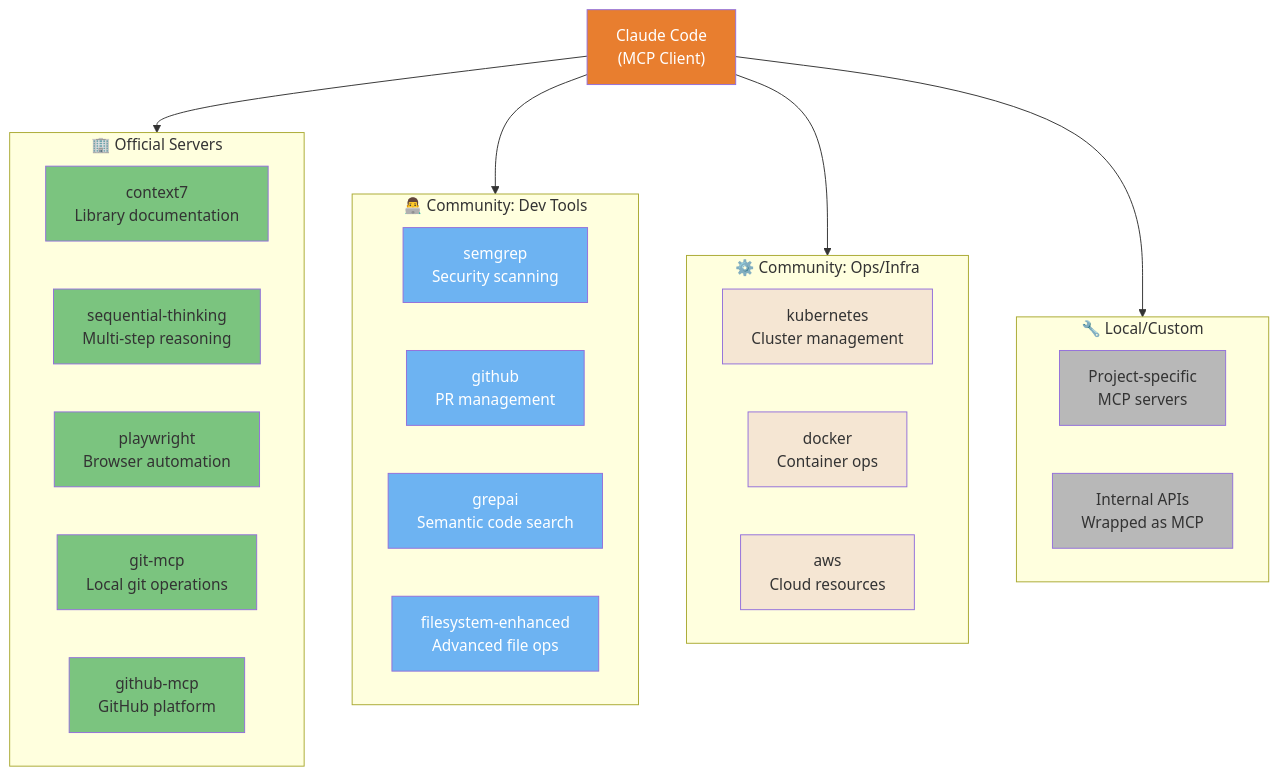
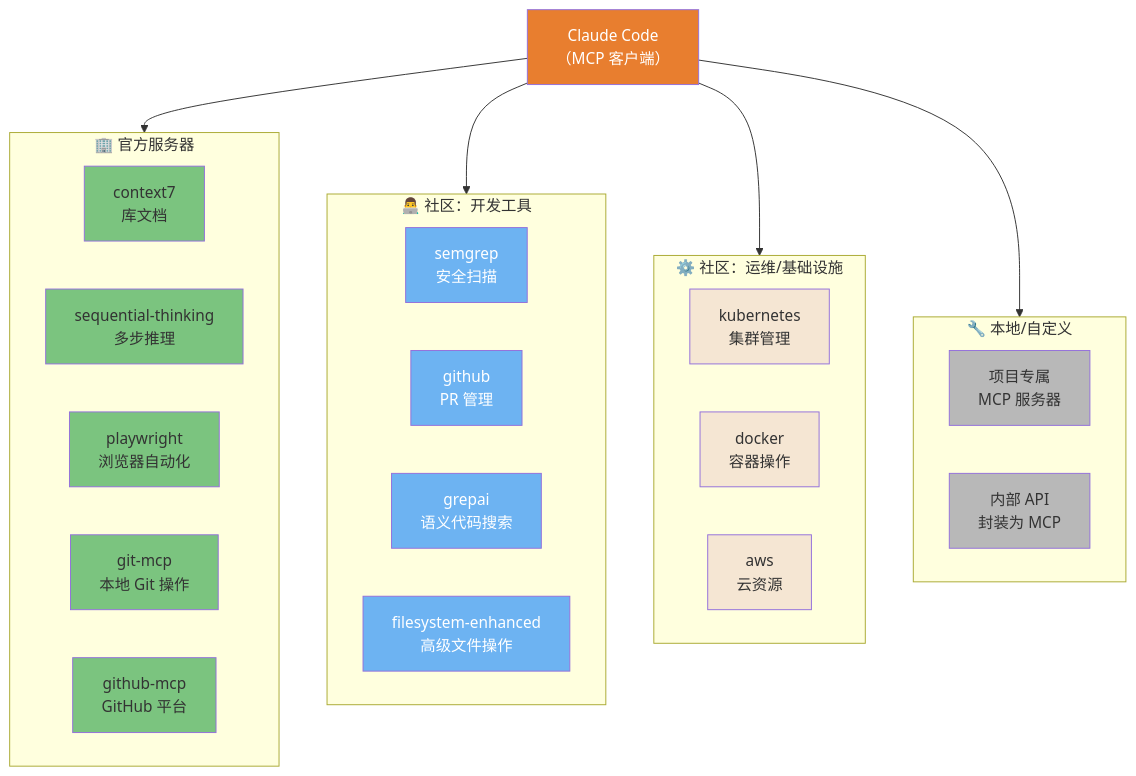
Before and after one commit to lawrencewzen/aispark-wiki: the first of 4 diagrams in claude-code/diagrams/05-mcp-ecosystem.md, drawn with Mermaid. The commit also changed other lines of this file and 82 other files, not shown here.

First line of the commit message:
feat: 完成 claude-code/ 目录全量中文翻译

````diff
--- a/claude-code/diagrams/05-mcp-ecosystem.md
+++ b/claude-code/diagrams/05-mcp-ecosystem.md
@@ -19,65 +19,65 @@
 ```mermaid
 flowchart TD
-    CC["Claude Code<br/>(MCP Client)"] --> OFF
+    CC["Claude Code<br/>（MCP 客户端）"] --> OFF
     CC --> DEV
     CC --> OPS
     CC --> LOCAL
 
-    subgraph OFF["🏢 Official Servers"]
-        O1["context7<br/>Library documentation"]
-        O2["sequential-thinking<br/>Multi-step reasoning"]
-        O3["playwright<br/>Browser automation"]
-        O4["git-mcp<br/>Local git operations"]
-        O5["github-mcp<br/>GitHub platform"]
+    subgraph OFF["🏢 官方服务器"]
+        O1["context7<br/>库文档"]
+        O2["sequential-thinking<br/>多步推理"]
+        O3["playwright<br/>浏览器自动化"]
+        O4["git-mcp<br/>本地 Git 操作"]
+        O5["github-mcp<br/>GitHub 平台"]
     end
 
-    subgraph DEV["👨‍💻 Community: Dev Tools"]
-        D1["semgrep<br/>Security scanning"]
-        D2["github<br/>PR management"]
-        D3["grepai<br/>Semantic code search"]
-        D4["filesystem-enhanced<br/>Advanced file ops"]
+    subgraph DEV["👨‍💻 社区：开发工具"]
+        D1["semgrep<br/>安全扫描"]
+        D2["github<br/>PR 管理"]
+        D3["grepai<br/>语义代码搜索"]
+        D4["filesystem-enhanced<br/>高级文件操作"]
     end
 
-    subgraph OPS["⚙️ Community: Ops/Infra"]
-        OP1["kubernetes<br/>Cluster management"]
-        OP2["docker<br/>Container ops"]
-        OP3["aws<br/>Cloud resources"]
+    subgraph OPS["⚙️ 社区：运维/基础设施"]
+        OP1["kubernetes<br/>集群管理"]
+        OP2["docker<br/>容器操作"]
+        OP3["aws<br/>云资源"]
     end
 
-    subgraph LOCAL["🔧 Local/Custom"]
-        L1["Project-specific<br/>MCP servers"]
-        L2["Internal APIs<br/>Wrapped as MCP"]
+    subgraph LOCAL["🔧 本地/自定义"]
+        L1["项目专属<br/>MCP 服务器"]
+        L2["内部 API<br/>封装为 MCP"]
     end
 
     style CC fill:#E87E2F,color:#fff
     style O1 fill:#7BC47F,color:#333
     style O2 fill:#7BC47F,color:#333
     style O3 fill:#7BC47F,color:#333
     style O4 fill:#7BC47F,color:#333
     style O5 fill:#7BC47F,color:#333
     style D1 fill:#6DB3F2,color:#fff
     style D2 fill:#6DB3F2,color:#fff
     style D3 fill:#6DB3F2,color:#fff
     style D4 fill:#6DB3F2,color:#fff
     style OP1 fill:#F5E6D3,color:#333
     style OP2 fill:#F5E6D3,color:#333
     style OP3 fill:#F5E6D3,color:#333
     style L1 fill:#B8B8B8,color:#333
     style L2 fill:#B8B8B8,color:#333
 
-    click CC href "https://github.com/claude-code-ultimate-guide/claude-code-ultimate-guide/blob/main/guide/ultimate-guide.md#81-what-is-mcp" "Claude Code — MCP Client"
-    click O1 href "https://github.com/claude-code-ultimate-guide/claude-code-ultimate-guide/blob/main/guide/ultimate-guide.md#82-available-servers" "context7 — Library docs"
+    click CC href "https://github.com/claude-code-ultimate-guide/claude-code-ultimate-guide/blob/main/guide/ultimate-guide.md#81-what-is-mcp" "Claude Code — MCP 客户端"
+    click O1 href "https://github.com/claude-code-ultimate-guide/claude-code-ultimate-guide/blob/main/guide/ultimate-guide.md#82-available-servers" "context7 — 库文档"
     click O2 href "https://github.com/claude-code-ultimate-guide/claude-code-ultimate-guide/blob/main/guide/ultimate-guide.md#82-available-servers" "sequential-thinking"
-    click O3 href "https://github.com/claude-code-ultimate-guide/claude-code-ultimate-guide/blob/main/guide/ultimate-guide.md#82-available-servers" "playwright — Browser automation"
-    click O4 href "https://github.com/claude-code-ultimate-guide/claude-code-ultimate-guide/blob/main/guide/ultimate-guide.md#82-available-servers" "git-mcp — Local git operations"
-    click O5 href "https://github.com/claude-code-ultimate-guide/claude-code-ultimate-guide/blob/main/guide/ultimate-guide.md#82-available-servers" "github-mcp — GitHub platform"
-    click D1 href "https://github.com/claude-code-ultimate-guide/claude-code-ultimate-guide/blob/main/guide/ultimate-guide.md#82-available-servers" "semgrep — Security scanning"
-    click D2 href "https://github.com/claude-code-ultimate-guide/claude-code-ultimate-guide/blob/main/guide/ultimate-guide.md#82-available-servers" "github — PR management"
-    click D3 href "https://github.com/claude-code-ultimate-guide/claude-code-ultimate-guide/blob/main/guide/ultimate-guide.md#82-available-servers" "grepai — Semantic search"
+    click O3 href "https://github.com/claude-code-ultimate-guide/claude-code-ultimate-guide/blob/main/guide/ultimate-guide.md#82-available-servers" "playwright — 浏览器自动化"
+    click O4 href "https://github.com/claude-code-ultimate-guide/claude-code-ultimate-guide/blob/main/guide/ultimate-guide.md#82-available-servers" "git-mcp — 本地 Git 操作"
+    click O5 href "https://github.com/claude-code-ultimate-guide/claude-code-ultimate-guide/blob/main/guide/ultimate-guide.md#82-available-servers" "github-mcp — GitHub 平台"
+    click D1 href "https://github.com/claude-code-ultimate-guide/claude-code-ultimate-guide/blob/main/guide/ultimate-guide.md#82-available-servers" "semgrep — 安全扫描"
+    click D2 href "https://github.com/claude-code-ultimate-guide/claude-code-ultimate-guide/blob/main/guide/ultimate-guide.md#82-available-servers" "github — PR 管理"
+    click D3 href "https://github.com/claude-code-ultimate-guide/claude-code-ultimate-guide/blob/main/guide/ultimate-guide.md#82-available-servers" "grepai — 语义搜索"
     click D4 href "https://github.com/claude-code-ultimate-guide/claude-code-ultimate-guide/blob/main/guide/ultimate-guide.md#82-available-servers" "filesystem-enhanced"
     click OP1 href "https://github.com/claude-code-ultimate-guide/claude-code-ultimate-guide/blob/main/guide/ultimate-guide.md#82-available-servers" "kubernetes"
     click OP2 href "https://github.com/claude-code-ultimate-guide/claude-code-ultimate-guide/blob/main/guide/ultimate-guide.md#82-available-servers" "docker"
     click OP3 href "https://github.com/claude-code-ultimate-guide/claude-code-ultimate-guide/blob/main/guide/ultimate-guide.md#82-available-servers" "aws"
-    click L1 href "https://github.com/claude-code-ultimate-guide/claude-code-ultimate-guide/blob/main/guide/ultimate-guide.md#83-configuration" "Project-specific MCP servers"
-    click L2 href "https://github.com/claude-code-ultimate-guide/claude-code-ultimate-guide/blob/main/guide/ultimate-guide.md#83-configuration" "Internal APIs as MCP"
+    click L1 href "https://github.com/claude-code-ultimate-guide/claude-code-ultimate-guide/blob/main/guide/ultimate-guide.md#83-configuration" "项目专属 MCP 服务器"
+    click L2 href "https://github.com/claude-code-ultimate-guide/claude-code-ultimate-guide/blob/main/guide/ultimate-guide.md#83-configuration" "内部 API 封装为 MCP"
 ```
````
